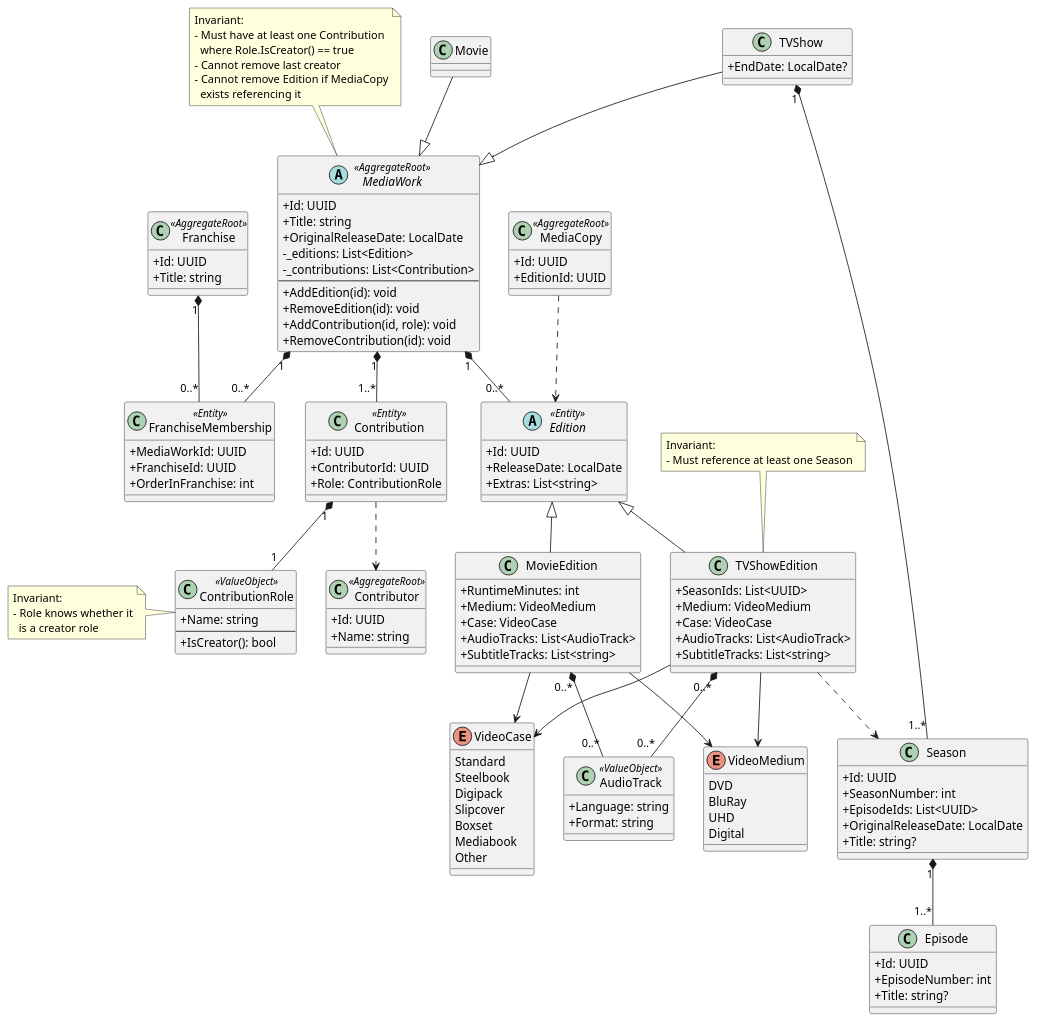
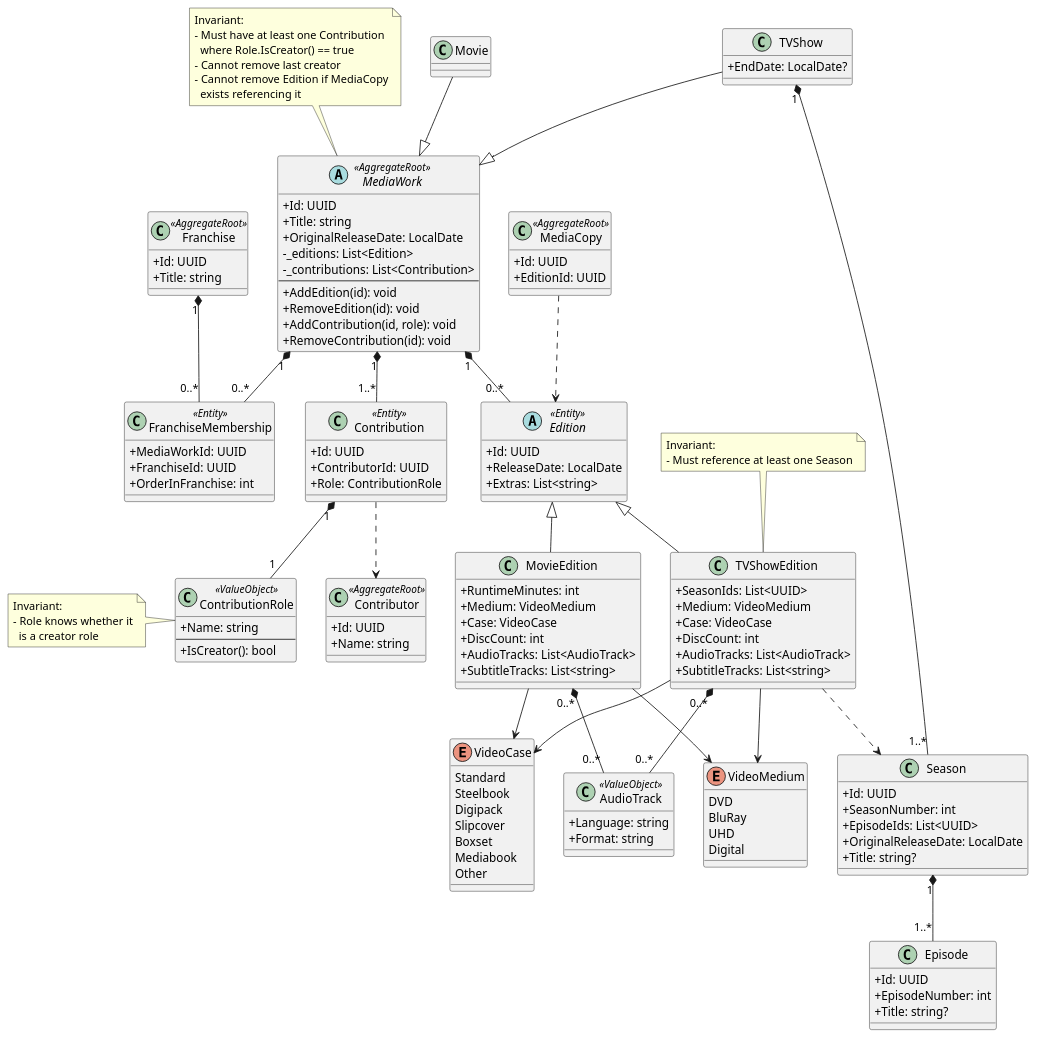
Before and after one commit to yantue/colleq: the diagram in docs/uml/domain-work.puml, drawn with PlantUML.

Commit message:
docs: Add DiscCount to Movie/TVShow editions

```diff
--- a/docs/uml/domain-work.puml
+++ b/docs/uml/domain-work.puml
@@ -1,163 +1,165 @@
 @startuml
 skinparam classAttributeIconSize 0
 
 class Franchise <<AggregateRoot>> {
     +Id: UUID
     +Title: string
 }
 
 class FranchiseMembership <<Entity>> {
     +MediaWorkId: UUID
     +FranchiseId: UUID
     +OrderInFranchise: int
 }
 
 abstract class MediaWork <<AggregateRoot>> {
     +Id: UUID
     +Title: string
     +OriginalReleaseDate: LocalDate
     -_editions: List<Edition>
     -_contributions: List<Contribution>
     --
     +AddEdition(id): void
     +RemoveEdition(id): void
     +AddContribution(id, role): void
     +RemoveContribution(id): void
 }
 
 class Movie
 class TVShow {
     +EndDate: LocalDate?
 }
 
 abstract class Edition <<Entity>> {
     +Id: UUID
     +ReleaseDate: LocalDate
     +Extras: List<string>
 }
 
 class MovieEdition {
     +RuntimeMinutes: int
     +Medium: VideoMedium
     +Case: VideoCase
+    +DiscCount: int
     +AudioTracks: List<AudioTrack>
     +SubtitleTracks: List<string>
 }
 
 class Season {
     +Id: UUID
     +SeasonNumber: int
     +EpisodeIds: List<UUID>
     +OriginalReleaseDate: LocalDate
     +Title: string?
 }
 
 class Episode {
     +Id: UUID
     +EpisodeNumber: int
     +Title: string?
 }
 
 Season "1" *-- "1..*" Episode
 
 class TVShowEdition {
     +SeasonIds: List<UUID>
     +Medium: VideoMedium
     +Case: VideoCase
+    +DiscCount: int
     +AudioTracks: List<AudioTrack>
     +SubtitleTracks: List<string>
 }
 
 enum VideoMedium {
     DVD
     BluRay
     UHD
     Digital
 }
 
 enum VideoCase {
     Standard
     Steelbook
     Digipack
     Slipcover
     Boxset
     Mediabook
     Other
 }
 
 class AudioTrack <<ValueObject>> {
     +Language: string
     +Format: string
 }
 
 Franchise "1" *-- "0..*" FranchiseMembership
 
 MediaWork "1" *-- "0..*" FranchiseMembership
 MediaWork "1" *-- "0..*" Edition
 
 Movie --|> MediaWork
 TVShow --|> MediaWork
 
 Edition <|-- MovieEdition
 Edition <|-- TVShowEdition
 
 MovieEdition "0..*" *-- "0..*" AudioTrack
 MovieEdition --> VideoMedium
 MovieEdition --> VideoCase
 
 TVShow "1" *-- "1..*" Season
 
 TVShowEdition ..> Season
 TVShowEdition "0..*" *-- "0..*" AudioTrack
 TVShowEdition --> VideoMedium
 TVShowEdition --> VideoCase
 
 class Contributor <<AggregateRoot>> {
     +Id: UUID
     +Name: string
 }
 
 class ContributionRole <<ValueObject>> {
     +Name: string
     --
     +IsCreator(): bool
 }
 
 note left of ContributionRole
 Invariant:
 - Role knows whether it
   is a creator role
 end note
 
 class Contribution <<Entity>> {
     +Id: UUID
     +ContributorId: UUID
     +Role: ContributionRole
 }
 
 MediaWork "1" *-- "1..*" Contribution
 Contribution "1" *-- "1" ContributionRole
 Contribution ..> Contributor
 
 note top of MediaWork
 Invariant:
 - Must have at least one Contribution
   where Role.IsCreator() == true
 - Cannot remove last creator
 - Cannot remove Edition if MediaCopy
   exists referencing it
 end note
 
 note top of TVShowEdition
 Invariant:
 - Must reference at least one Season
 end note
 
 class MediaCopy <<AggregateRoot>> {
     +Id: UUID
     +EditionId: UUID
 }
 
 MediaCopy ..> Edition
 
 @enduml
```
